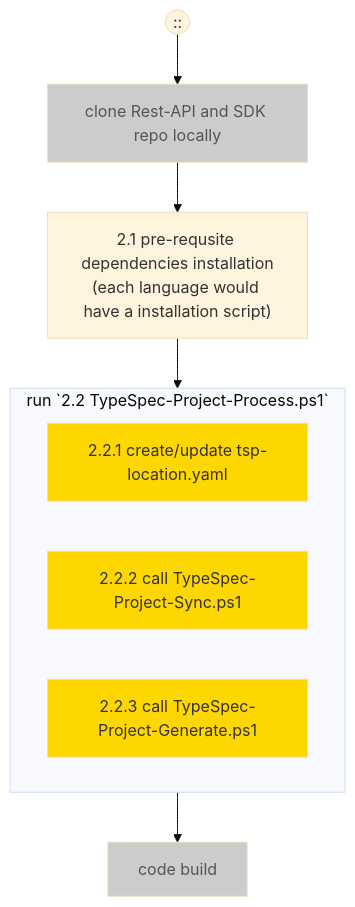
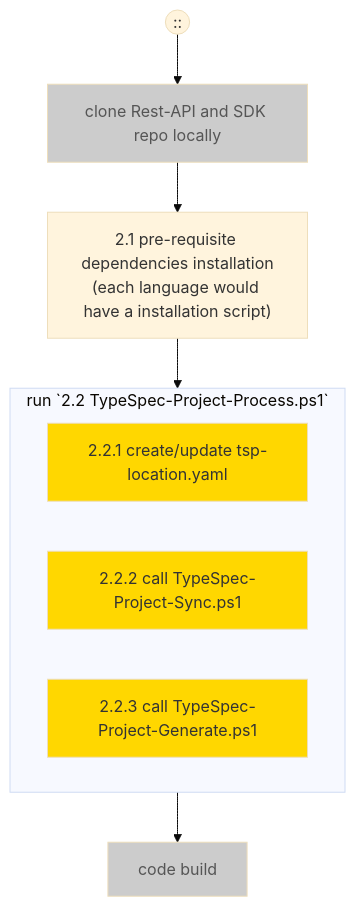
The second of 5 diagrams in documentation/typespec-end-to-end-scenarios.md (check-spelling-sandbox/azure-rest-api-specs), drawn with Mermaid (base theme) before and after one commit.

Commit message:
spelling: requisite

````diff
--- a/documentation/typespec-end-to-end-scenarios.md
+++ b/documentation/typespec-end-to-end-scenarios.md
@@ -72,20 +72,20 @@
 ```mermaid
 flowchart TD
 classDef highlight fill:#ffd700
 classDef grey fill:#CCCCCC,color:#555555;
 User((::))-->A
 A["clone Rest-API and SDK repo locally"] --> B
-B["2.1 pre-requsite dependencies installation
+B["2.1 pre-requisite dependencies installation
 (each language would have a installation script)"] --> G
 subgraph G["run `2.2 TypeSpec-Project-Process.ps1`"]
   F
   C
   D
 end
 F["2.2.1 create/update tsp-location.yaml"]
 C["2.2.2 call TypeSpec-Project-Sync.ps1"]
 D["2.2.3 call TypeSpec-Project-Generate.ps1"]
 G-->E["code build"]
 class A,E grey
 class C,D,F highlight
 ```
````
